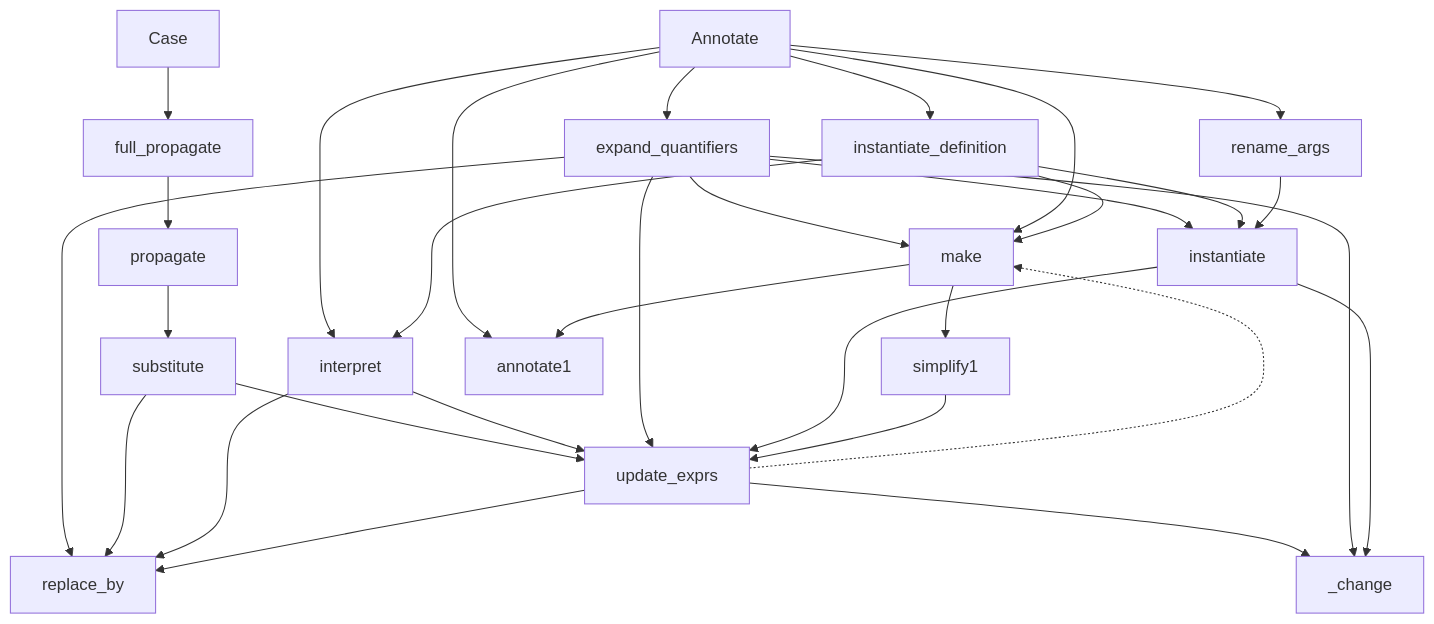
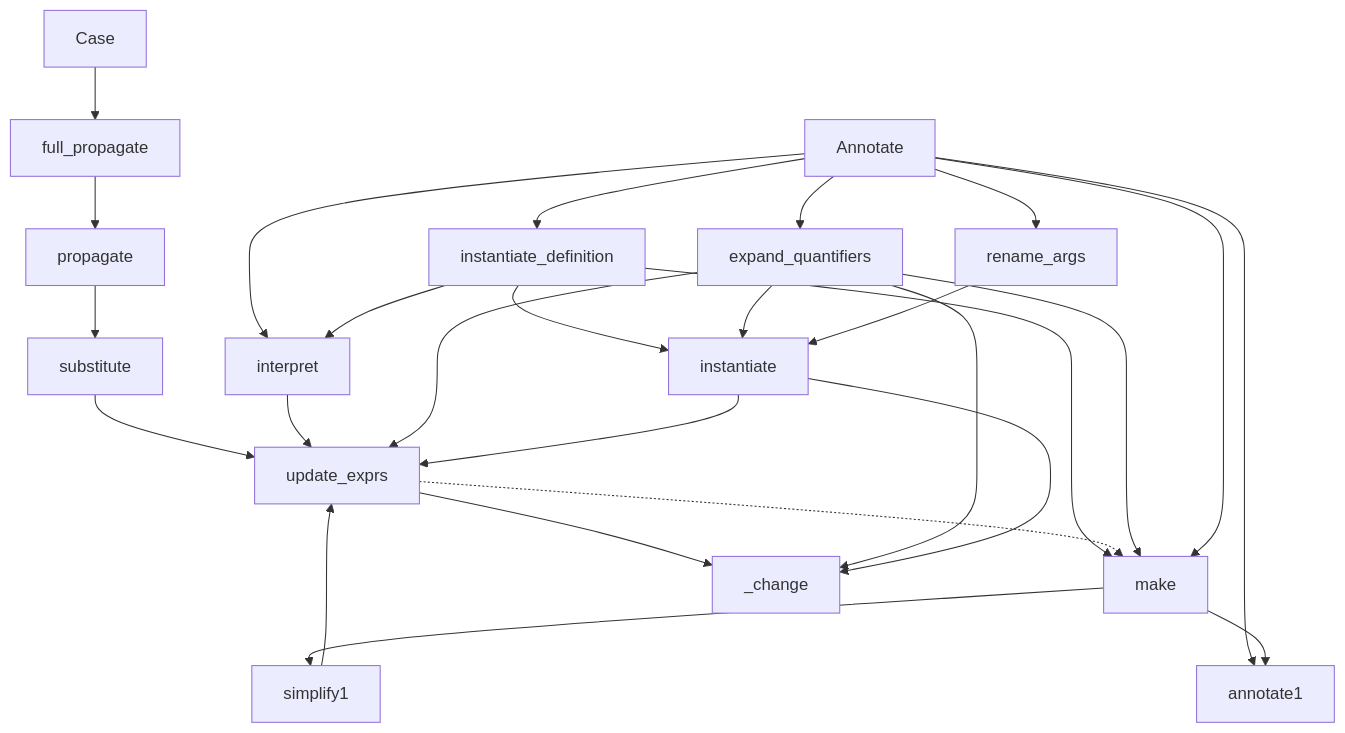
Before and after one commit to Sobhangh/IDP-Z3: the diagram in docs/zettlr/Substitute.md, drawn with Mermaid. The commit also changed 3 other files, not shown here.

````diff
--- a/docs/zettlr/Substitute.md
+++ b/docs/zettlr/Substitute.md
@@ -10,39 +10,36 @@
 ```mermaid
 graph TD
-    expand_quantifiers --> make;
     Annotate --> expand_quantifiers;
     Annotate --> interpret;
     Annotate --> instantiate_definition;
     Annotate --> rename_args;
     
     Case --> full_propagate;
     full_propagate --> propagate;
     propagate --> substitute;
     substitute --> update_exprs;
     
+    instantiate_definition --> instantiate;
     expand_quantifiers --> instantiate;
-    expand_quantifiers --> replace_by;
     interpret --> update_exprs;
     expand_quantifiers --> update_exprs;
-    substitute --> replace_by;
-    interpret --> replace_by;
-
-    update_exprs --> replace_by;
+    
+    
+    instantiate_definition --> make;
     update_exprs --> _change;
     update_exprs -.-> make;
+    expand_quantifiers --> make;
     make --> simplify1;
     Annotate --> annotate1;
     make --> annotate1;
     
     expand_quantifiers --> _change;
 
-    instantiate_definition --> instantiate;
     instantiate --> _change;
 		    rename_args --> instantiate;
     instantiate_definition --> interpret;
     Annotate --> make;
-    instantiate_definition --> make;
+    simplify1 --> update_exprs;
     instantiate --> update_exprs;
-    simplify1 --> update_exprs;
 
 ```
````
